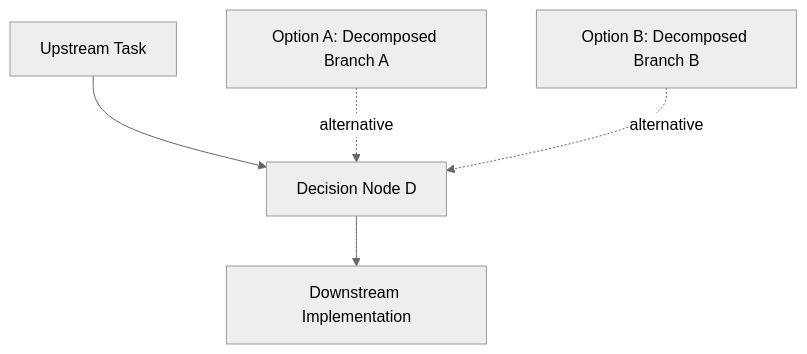
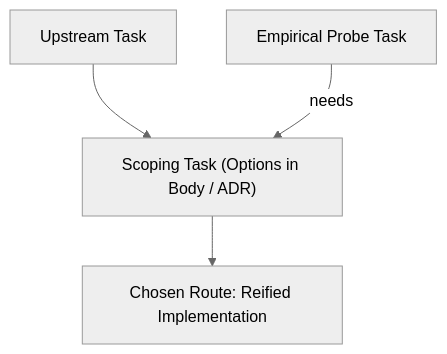
One commit to nicsuzor/academicOps changed the diagram in specs/meta/naming-and-decisions.md. Above: the diagram before and after it, drawn with Mermaid (neutral theme). The commit also changed other lines of this file and 3 other files, not shown here.

````diff
--- a/specs/meta/naming-and-decisions.md
+++ b/specs/meta/naming-and-decisions.md
@@ -56,7 +56,6 @@
 ```mermaid
 flowchart TD
-    Upstream["Upstream Task"] --> Decision["Decision Node D"]
-    OptionA["Option A: Decomposed Branch A"] -.->|alternative| Decision
-    OptionB["Option B: Decomposed Branch B"] -.->|alternative| Decision
-    Decision --> Downstream["Downstream Implementation"]
+    Upstream["Upstream Task"] --> Scoping["Scoping Task (Options in Body / ADR)"]
+    Probe["Empirical Probe Task"] -->|needs| Scoping
+    Scoping --> Chosen["Chosen Route: Reified Implementation"]
 ```
````
